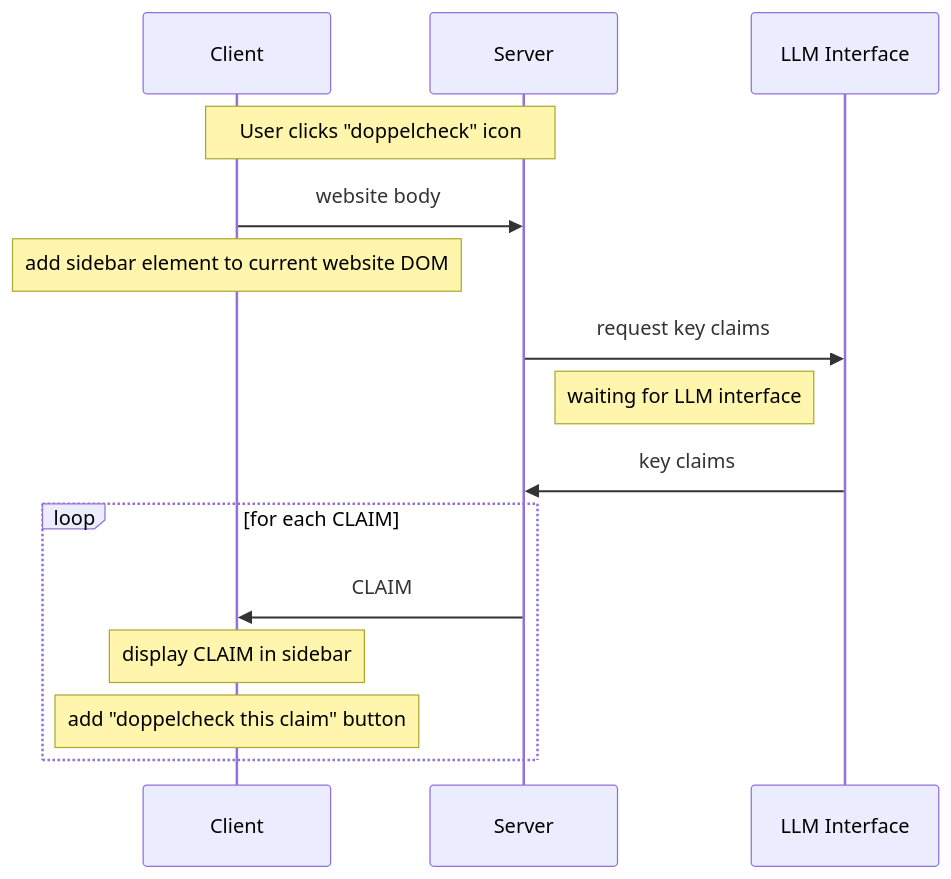
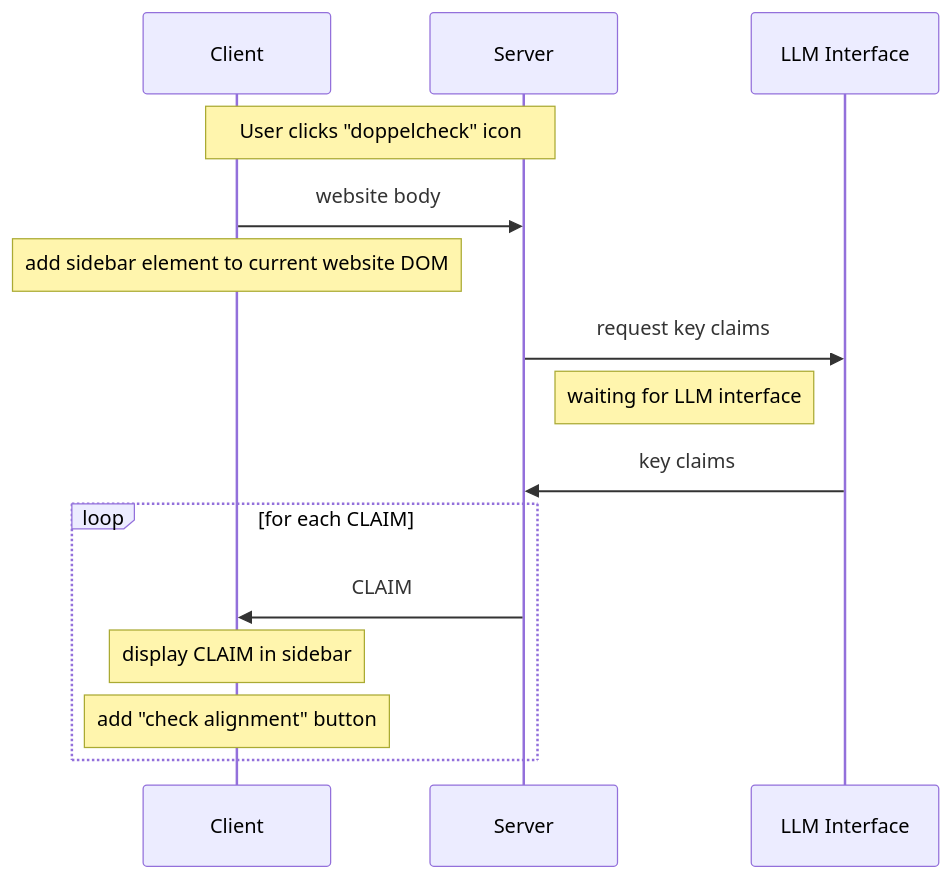
One commit to Doppelcheck/main changed the third of 4 diagrams in README.md. Above: the diagram before and after it, drawn with Mermaid. The commit also changed other lines of this file and 151 other files, not shown here.

````diff
--- a/README.md
+++ b/README.md
@@ -180,18 +238,17 @@
 ```mermaid
 sequenceDiagram
-
     participant Client
     participant Server
     participant LLM_Interface as LLM Interface
     note over Client, Server: User clicks "doppelcheck" icon
     Client->>Server: website body
     note over Client: add sidebar element to current website DOM
     Server->>LLM_Interface: request key claims
     note right of Server: waiting for LLM interface
     LLM_Interface->>Server: key claims
     loop for each CLAIM
         Server->>Client: CLAIM
         note over Client: display CLAIM in sidebar
-        note over Client: add "doppelcheck this claim" button
+        note over Client: add "check alignment" button
     end
 ```
````
